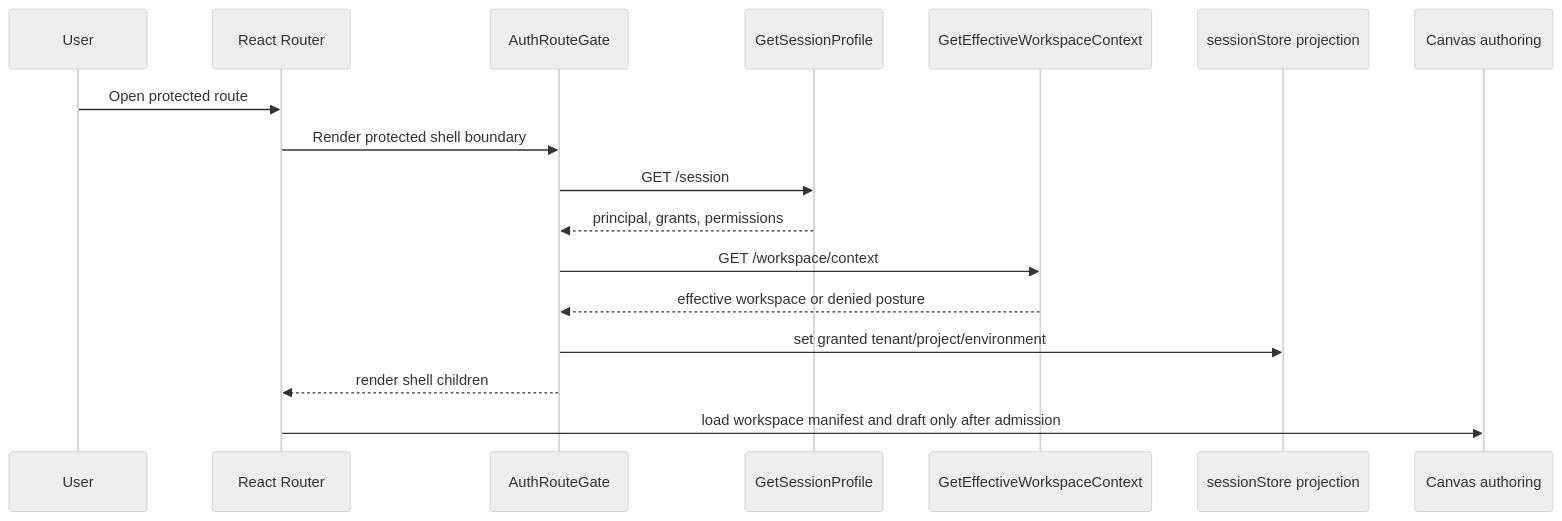
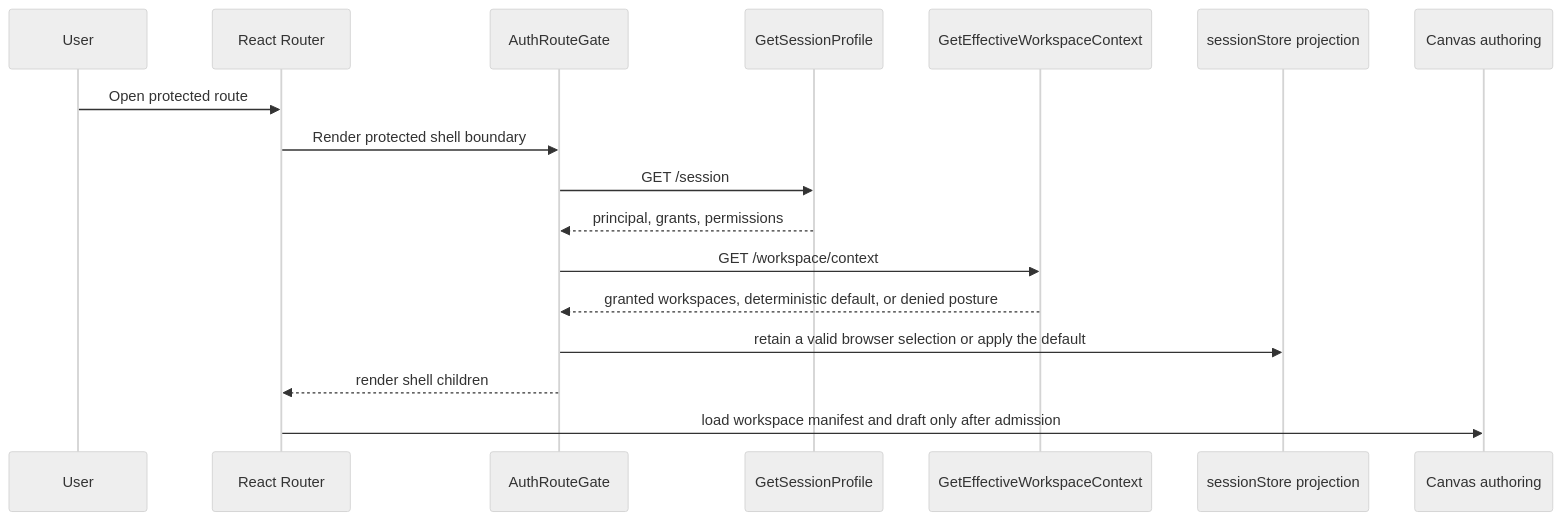
One commit to dunay2/dvt changed the second of 2 diagrams in docs/architecture/components/web/appshell/web-auth-project-onboarding-component.md. Above: the diagram before and after it, drawn with Mermaid (neutral theme). The commit also changed other lines of this file and 25 other files, not shown here.

Commit message:
docs(docs): Align workspace and graph authority truth

````diff
--- a/docs/architecture/components/web/appshell/web-auth-project-onboarding-component.md
+++ b/docs/architecture/components/web/appshell/web-auth-project-onboarding-component.md
@@ -75,20 +75,20 @@
 ```mermaid
 sequenceDiagram
   participant User
   participant Route as React Router
   participant Gate as AuthRouteGate
   participant Session as GetSessionProfile
   participant Workspace as GetEffectiveWorkspaceContext
   participant Store as sessionStore projection
   participant Canvas as Canvas authoring
 
   User->>Route: Open protected route
   Route->>Gate: Render protected shell boundary
   Gate->>Session: GET /session
   Session-->>Gate: principal, grants, permissions
   Gate->>Workspace: GET /workspace/context
-  Workspace-->>Gate: effective workspace or denied posture
-  Gate->>Store: set granted tenant/project/environment
+  Workspace-->>Gate: granted workspaces, deterministic default, or denied posture
+  Gate->>Store: retain a valid browser selection or apply the default
   Gate-->>Route: render shell children
   Route->>Canvas: load workspace manifest and draft only after admission
 ```
````
